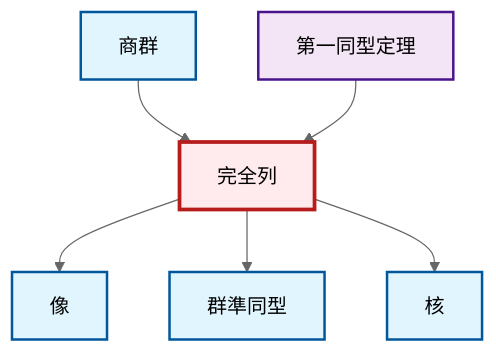
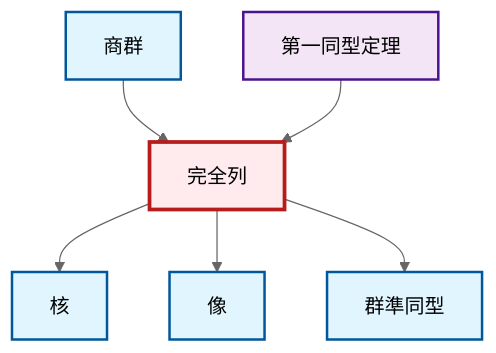
The diagram in output/mermaid/ja/def-exact-sequence.mermaid (RK0429/ModernMath), drawn with Mermaid (neutral theme) before and after one commit. The commit also changed other lines of this file and 3161 other files, not shown here.

```diff
--- a/output/mermaid/ja/def-exact-sequence.mermaid
+++ b/output/mermaid/ja/def-exact-sequence.mermaid
@@ -1,18 +1,18 @@
 graph TD
     classDef definition fill:#e1f5fe,stroke:#01579b,stroke-width:2px
     classDef theorem fill:#f3e5f5,stroke:#4a148c,stroke-width:2px
     classDef axiom fill:#fff3e0,stroke:#e65100,stroke-width:2px
     classDef example fill:#e8f5e9,stroke:#1b5e20,stroke-width:2px
     classDef current fill:#ffebee,stroke:#b71c1c,stroke-width:3px
-    def-image["像"]:::definition
-    thm-first-isomorphism["第一同型定理"]:::theorem
-    def-exact-sequence["完全列"]:::definition
     def-kernel["核"]:::definition
     def-quotient-group["商群"]:::definition
     def-homomorphism["群準同型"]:::definition
+    def-image["像"]:::definition
+    def-exact-sequence["完全列"]:::definition
+    thm-first-isomorphism["第一同型定理"]:::theorem
+    def-exact-sequence --> def-kernel
+    def-exact-sequence --> def-image
+    def-exact-sequence --> def-homomorphism
     def-quotient-group --> def-exact-sequence
-    def-exact-sequence --> def-image
     thm-first-isomorphism --> def-exact-sequence
-    def-exact-sequence --> def-homomorphism
-    def-exact-sequence --> def-kernel
     class def-exact-sequence current
```
